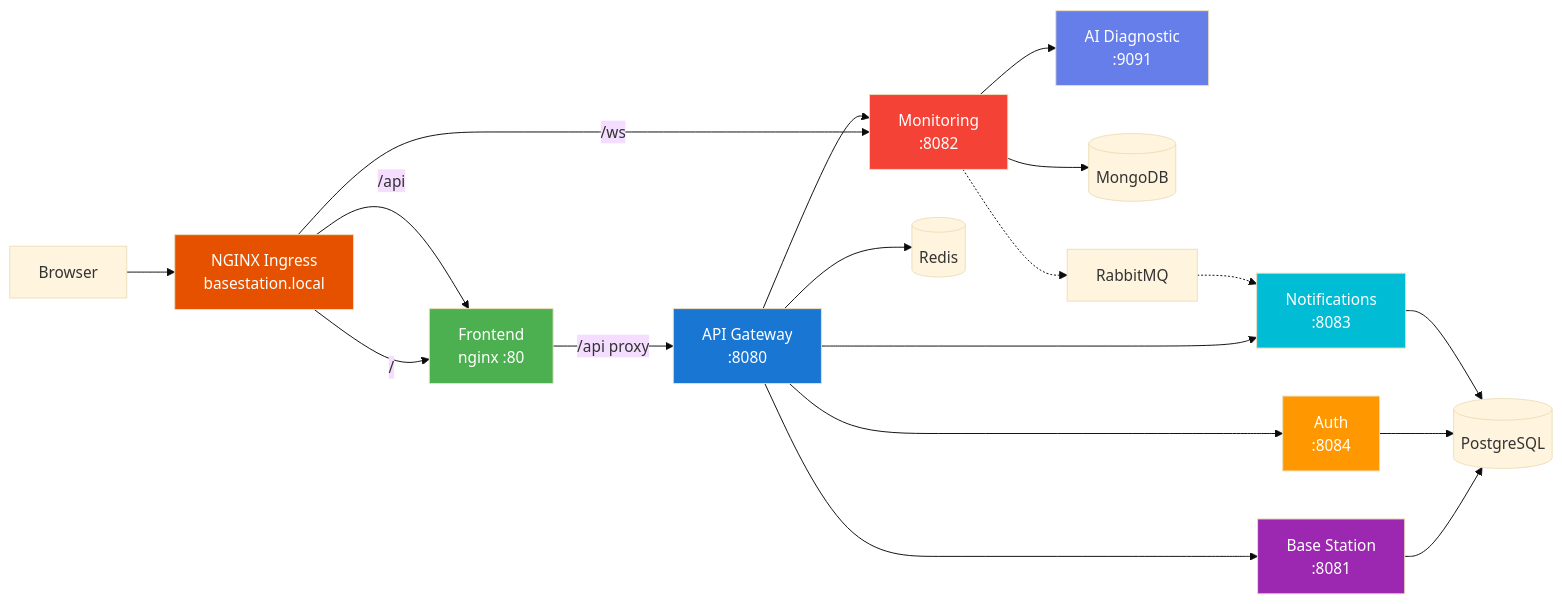
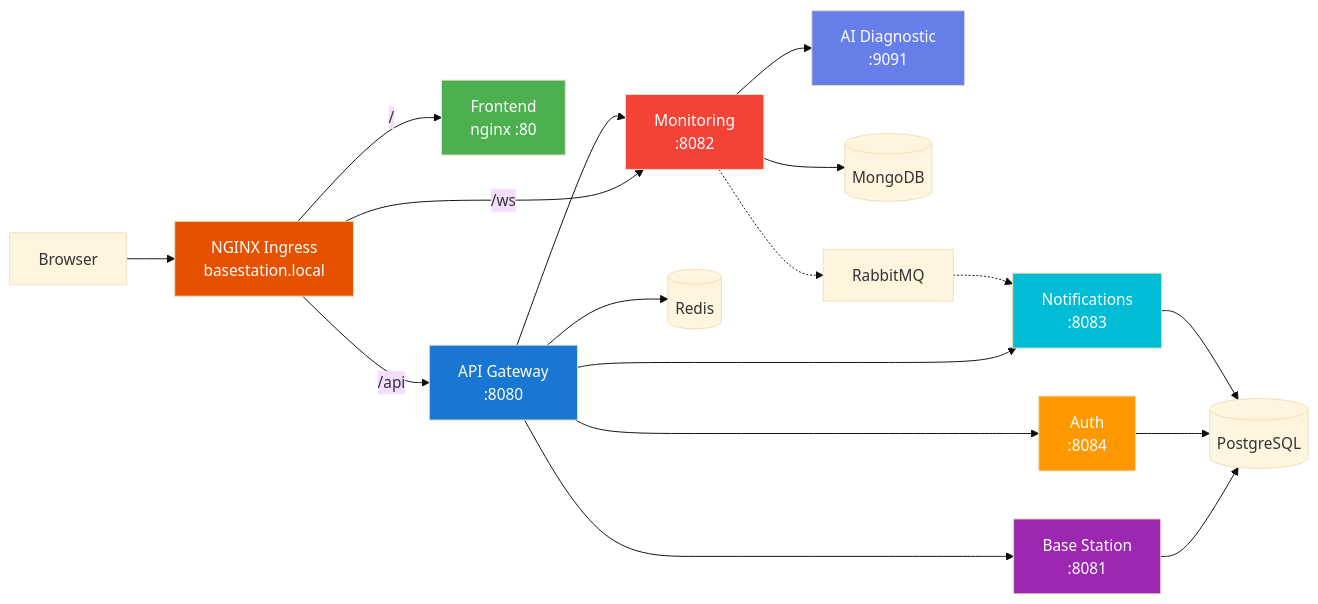
Before and after one commit to ErselSeyit/base-station-platform: the diagram in docs/ARCHITECTURE.md, drawn with Mermaid (base theme). The commit also changed other lines of this file and 10 other files, not shown here.

````diff
--- a/docs/ARCHITECTURE.md
+++ b/docs/ARCHITECTURE.md
@@ -5,38 +5,37 @@
 ```mermaid
 graph LR
     User[Browser]
     Ingress[NGINX Ingress<br/>basestation.local]
     Client[Frontend<br/>nginx :80]
     GW[API Gateway<br/>:8080]
 
     User --> Ingress
     Ingress -->|/| Client
-    Ingress -->|/api| Client
+    Ingress -->|/api| GW
     Ingress -->|/ws| MS
-    Client -->|/api proxy| GW
 
     GW --> AS[Auth<br/>:8084]
     GW --> BS[Base Station<br/>:8081]
     GW --> MS[Monitoring<br/>:8082]
     GW --> NS[Notifications<br/>:8083]
 
     MS --> AI[AI Diagnostic<br/>:9091]
 
     BS --> PG[(PostgreSQL)]
     AS --> PG
     NS --> PG
     MS --> MDB[(MongoDB)]
 
     GW --> Redis[(Redis)]
     MS -.-> RMQ[RabbitMQ]
     RMQ -.-> NS
 
     style Ingress fill:#e65100,color:#fff
     style GW fill:#1976d2,color:#fff
     style Client fill:#4caf50,color:#fff
     style BS fill:#9c27b0,color:#fff
     style MS fill:#f44336,color:#fff
     style NS fill:#00bcd4,color:#fff
     style AS fill:#ff9800,color:#fff
     style AI fill:#667eea,color:#fff
 ```
````
